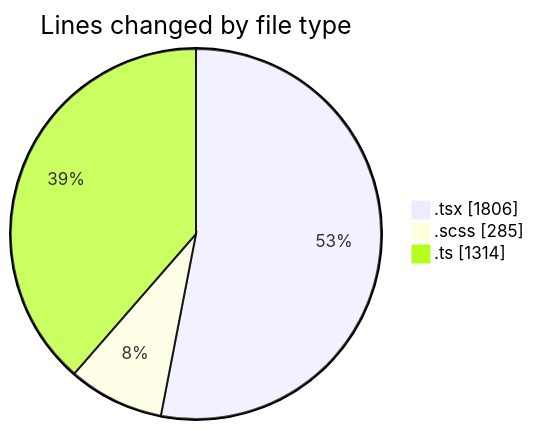
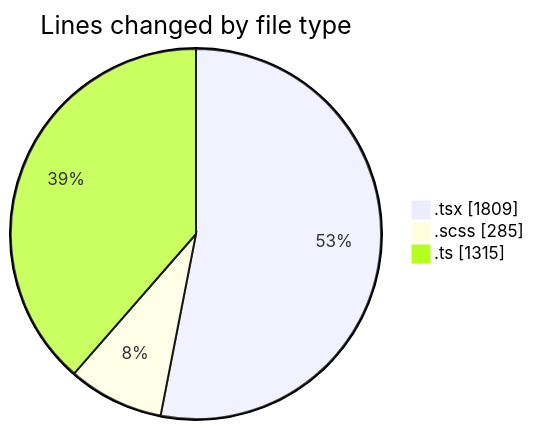
Before and after one commit to momahboobian/code-tracking: the first of 2 diagrams in 2026-02-25/cda/README.md, drawn with Mermaid. The commit also changed other lines of this file and 1 other file, not shown here.

````diff
--- a/2026-02-25/cda/README.md
+++ b/2026-02-25/cda/README.md
@@ -25,7 +25,7 @@
 ```mermaid
 pie showData
 title Lines changed by file type
-".tsx" : 1806
+".tsx" : 1809
 ".scss" : 285
-".ts" : 1314
+".ts" : 1315
 ```
````
